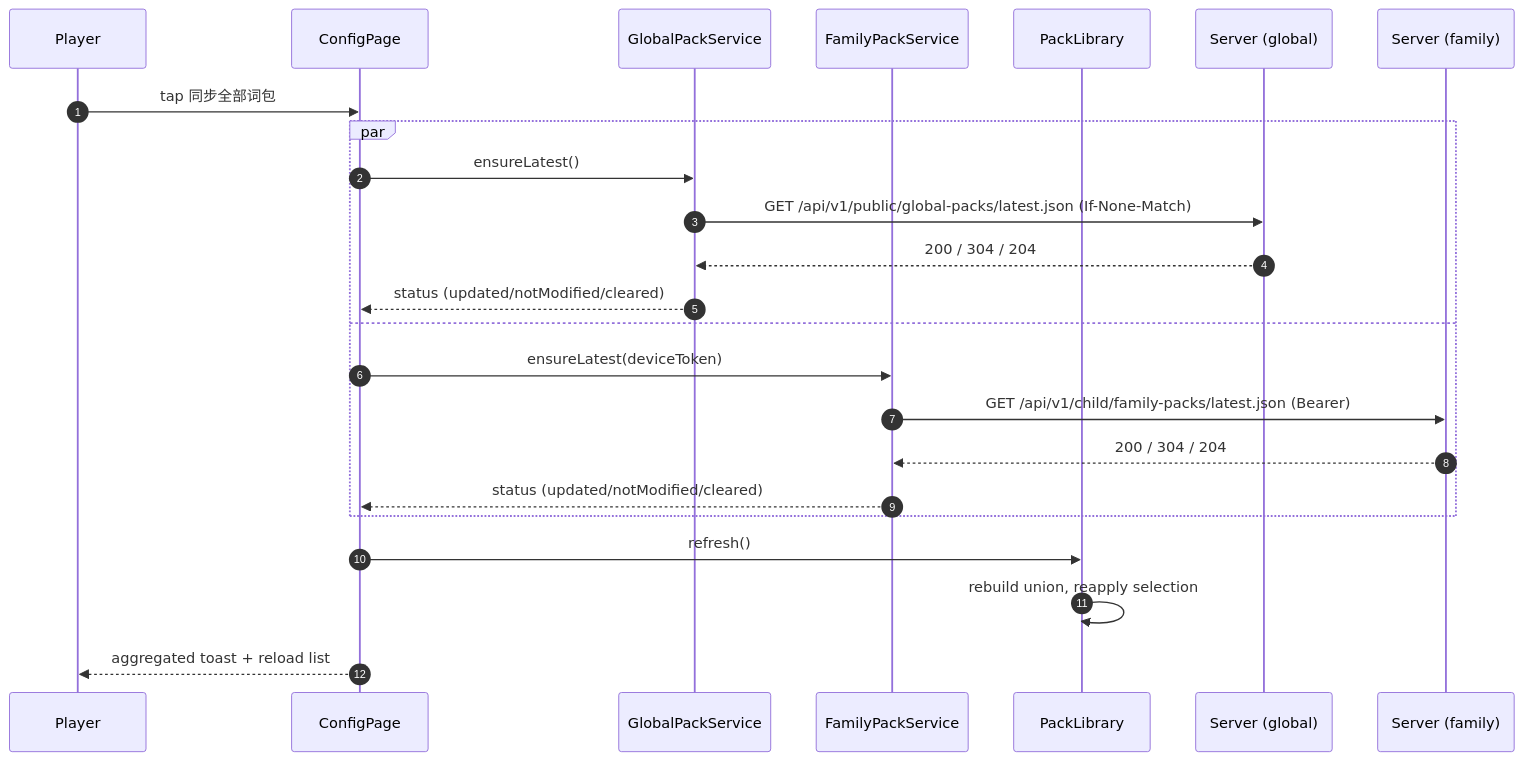
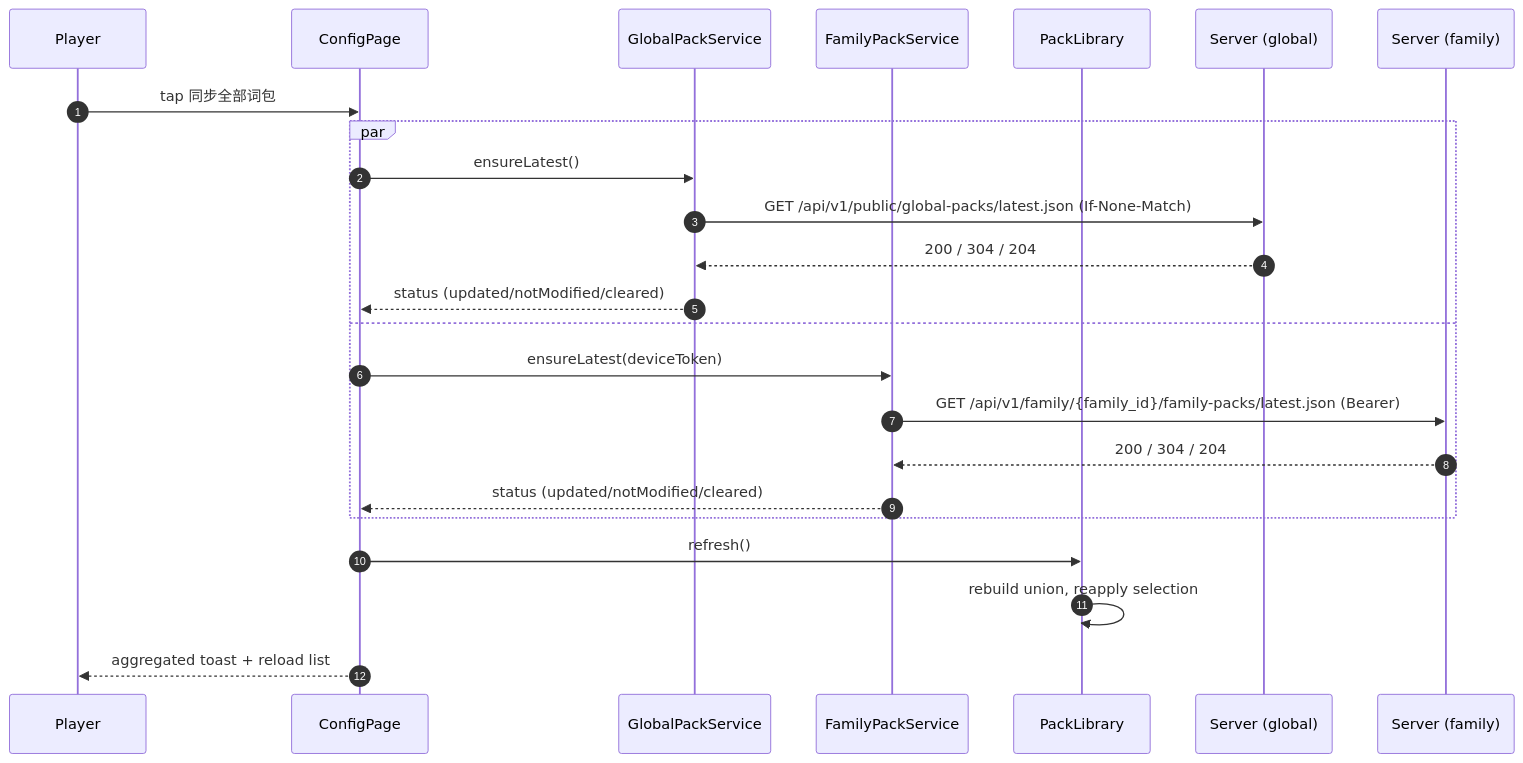
Before and after one commit to terryma2024/happyword: the second of 2 diagrams in docs/superpowers/specs/2026-05-09-v0.6.5-three-layer-pack-model-design.md, drawn with Mermaid. The commit also changed other lines of this file and 202 other files, not shown here.

````diff
--- a/docs/superpowers/specs/2026-05-09-v0.6.5-three-layer-pack-model-design.md
+++ b/docs/superpowers/specs/2026-05-09-v0.6.5-three-layer-pack-model-design.md
@@ -417,27 +417,27 @@
 ```mermaid
 sequenceDiagram
   autonumber
   participant Player
   participant ConfigPage
   participant GPS as GlobalPackService
   participant FPS as FamilyPackService
   participant Lib as PackLibrary
   participant SrvG as Server (global)
   participant SrvF as Server (family)
 
   Player->>ConfigPage: tap 同步全部词包
   par
     ConfigPage->>GPS: ensureLatest()
     GPS->>SrvG: GET /api/v1/public/global-packs/latest.json (If-None-Match)
     SrvG-->>GPS: 200 / 304 / 204
     GPS-->>ConfigPage: status (updated/notModified/cleared)
   and
     ConfigPage->>FPS: ensureLatest(deviceToken)
-    FPS->>SrvF: GET /api/v1/child/family-packs/latest.json (Bearer)
+    FPS->>SrvF: GET /api/v1/family/{family_id}/family-packs/latest.json (Bearer)
     SrvF-->>FPS: 200 / 304 / 204
     FPS-->>ConfigPage: status (updated/notModified/cleared)
   end
   ConfigPage->>Lib: refresh()
   Lib->>Lib: rebuild union, reapply selection
   ConfigPage-->>Player: aggregated toast + reload list
 ```
````
